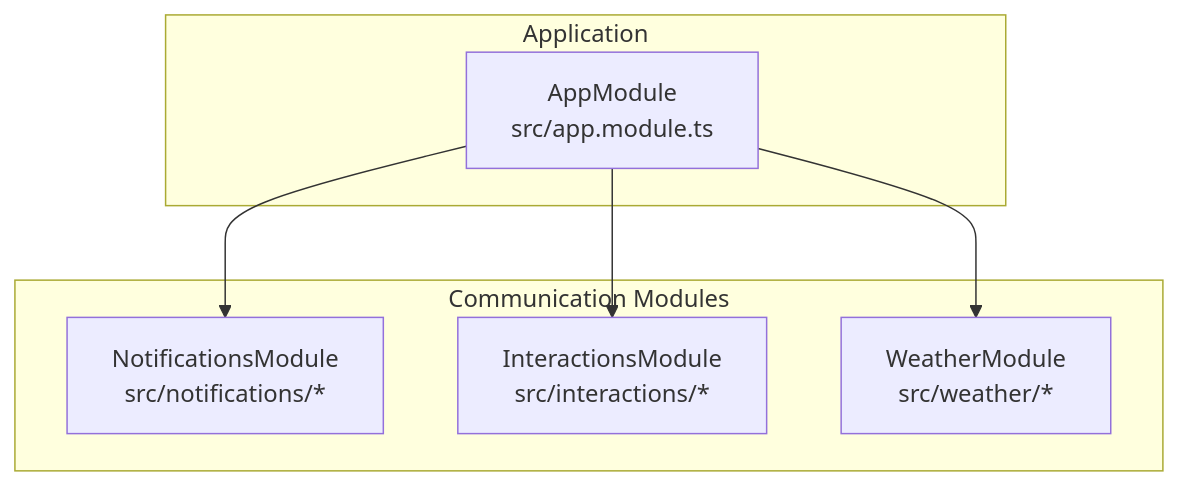
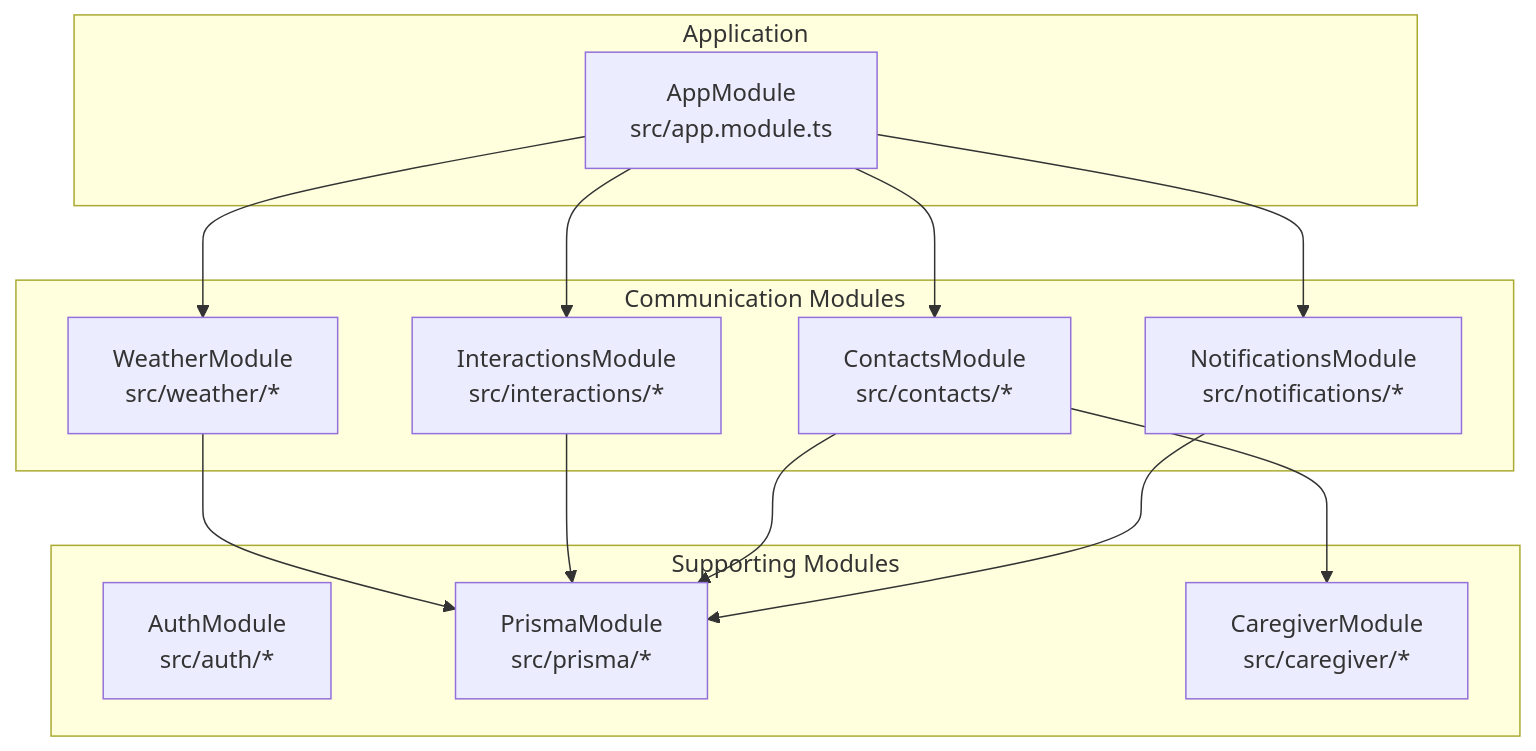
Before and after one commit to jairosouza67/99-Pai: the first of 9 diagrams in .qoder/repowiki/en/content/Communication Systems.md, drawn with Mermaid. The commit also changed other lines of this file and 17 other files, not shown here.

````diff
--- a/.qoder/repowiki/en/content/Communication Systems.md
+++ b/.qoder/repowiki/en/content/Communication Systems.md
@@ -40,14 +58,26 @@
 ```mermaid
 graph TB
 subgraph "Application"
 APP["AppModule<br/>src/app.module.ts"]
 end
 subgraph "Communication Modules"
 NOTIF["NotificationsModule<br/>src/notifications/*"]
+CONTACTS["ContactsModule<br/>src/contacts/*"]
 INTER["InteractionsModule<br/>src/interactions/*"]
 WEATH["WeatherModule<br/>src/weather/*"]
 end
+subgraph "Supporting Modules"
+AUTH["AuthModule<br/>src/auth/*"]
+PRISMA["PrismaModule<br/>src/prisma/*"]
+CAREGIVER["CaregiverModule<br/>src/caregiver/*"]
+end
 APP --> NOTIF
+APP --> CONTACTS
 APP --> INTER
 APP --> WEATH
+NOTIF --> PRISMA
+CONTACTS --> PRISMA
+INTER --> PRISMA
+WEATH --> PRISMA
+CONTACTS --> CAREGIVER
 ```
````
